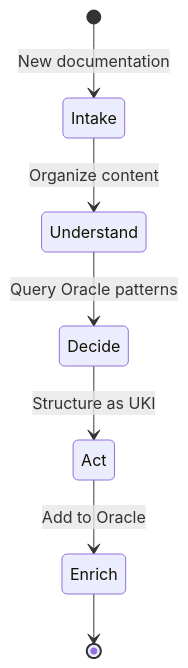
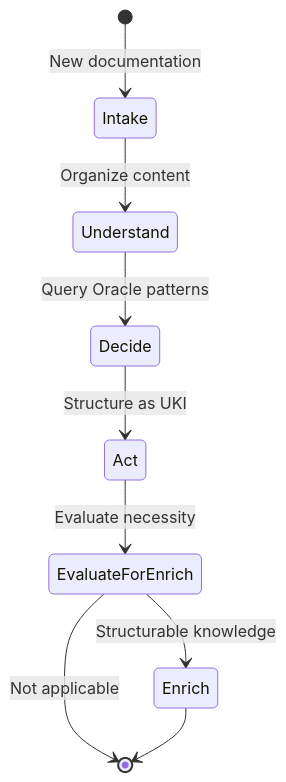
The ninth of 14 diagrams in ZWF_ZION_WORKFLOW_FRAMEWORK.md (netomantonio/matrix-protocol), drawn with Mermaid before and after one commit. The commit also changed other lines of this file, not shown here.

````diff
--- a/ZWF_ZION_WORKFLOW_FRAMEWORK.md
+++ b/ZWF_ZION_WORKFLOW_FRAMEWORK.md
@@ -1566,9 +2106,11 @@
 ```mermaid
 stateDiagram-v2
     [*] --> Intake: New documentation
     Intake --> Understand: Organize content
     Understand --> Decide: Query Oracle patterns
     Decide --> Act: Structure as UKI
-    Act --> Enrich: Add to Oracle
+    Act --> EvaluateForEnrich: Evaluate necessity
+    EvaluateForEnrich --> Enrich: Structurable knowledge
+    EvaluateForEnrich --> [*]: Not applicable
     Enrich --> [*]
 ```
````
